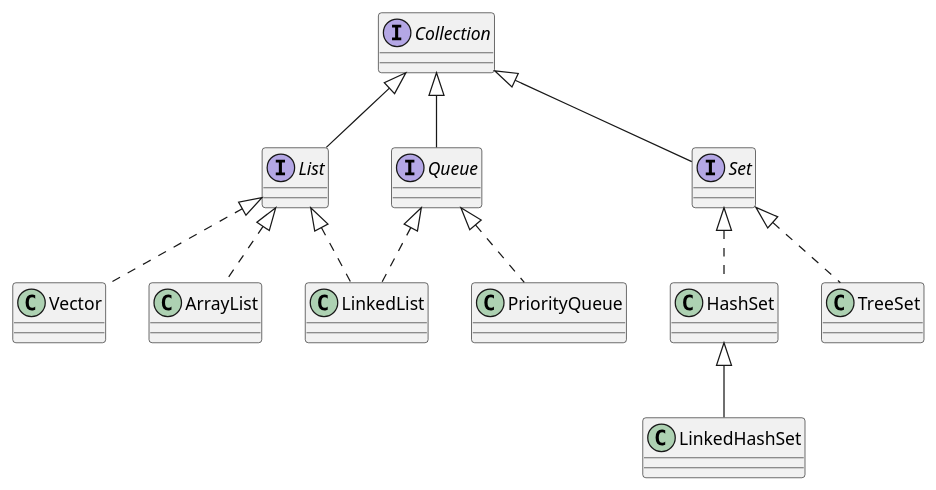
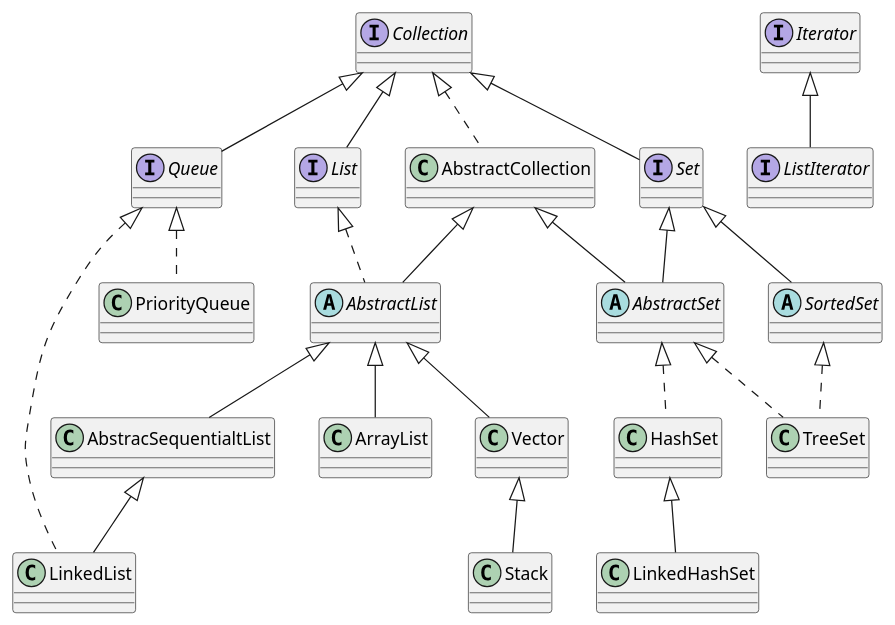
Before and after one commit to zhyantao/docs: the first of 3 diagrams in docs/programming-lang/java/containers.rst, drawn with PlantUML. The commit also changed other lines of this file and 1 other file, not shown here.

```diff
--- a/docs/programming-lang/java/containers.rst
+++ b/docs/programming-lang/java/containers.rst
@@ -17,31 +26,45 @@
 .. uml::
 
     @startuml
 
     interface Collection
     interface List
     interface Set
     interface Queue
-    class Vector
-    class ArrayList
-    class LinkedList
-    class HashSet
-    class PriorityQueue
-    class LinkedHashSet
+    abstract AbstractList
+    class AbstracSequentialtList
+    abstract AbstractSet
+    abstract SortedSet
+    interface Iterator
+    interface ListIterator
+
+    Iterator <|-- ListIterator
 
     Collection <|-- List
     Collection <|-- Set
     Collection <|-- Queue
+    Collection <|.. AbstractCollection
+    
+    AbstractCollection <|-- AbstractList
+    List <|.. AbstractList
+    AbstractCollection <|-- AbstractSet
 
-    List <|.. ArrayList
-    List <|.. LinkedList
-    List <|.. Vector
+    AbstractList <|-- ArrayList
+    AbstractList <|-- Vector
+    AbstractList <|-- AbstracSequentialtList
 
-    Set <|.. HashSet
-    Set <|.. TreeSet
+    AbstracSequentialtList <|-- LinkedList
+
+    Vector <|-- Stack
+
+    Set <|-- AbstractSet
+    Set <|-- SortedSet
+    SortedSet <|.. TreeSet
+    AbstractSet <|.. HashSet
+    AbstractSet <|.. TreeSet
     HashSet <|-- LinkedHashSet
 
     Queue <|.. LinkedList
     Queue <|.. PriorityQueue
 
     @enduml
```
